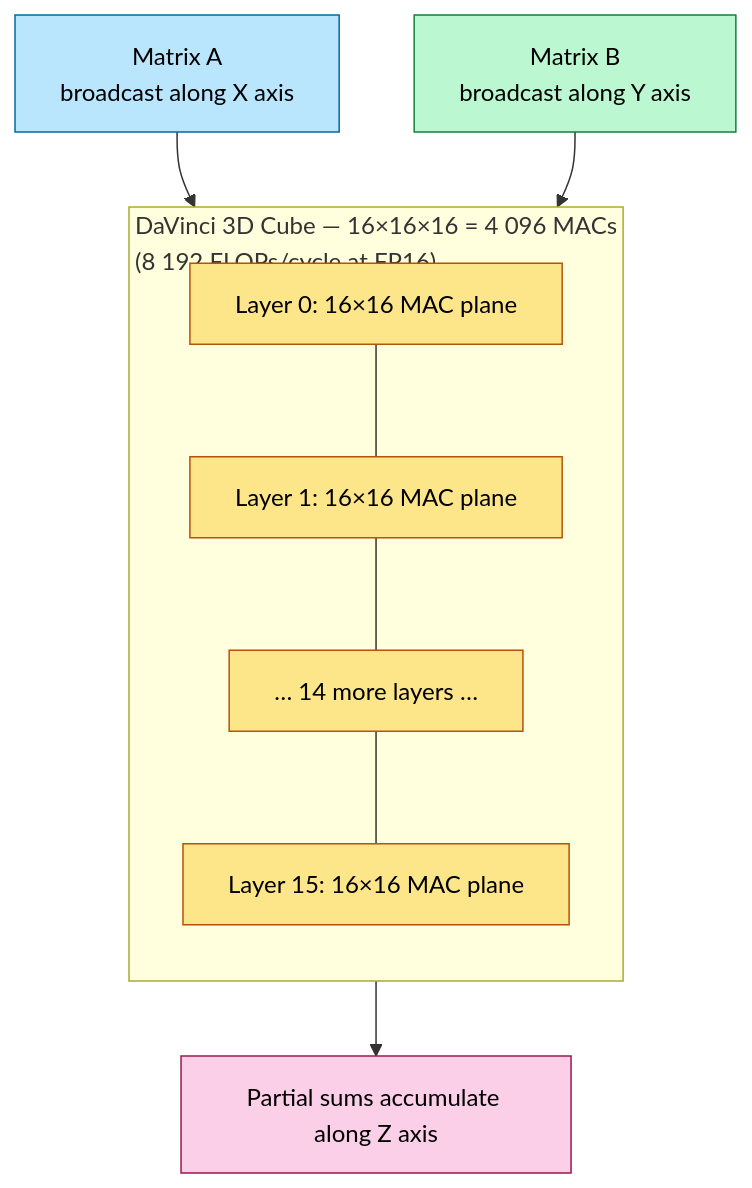
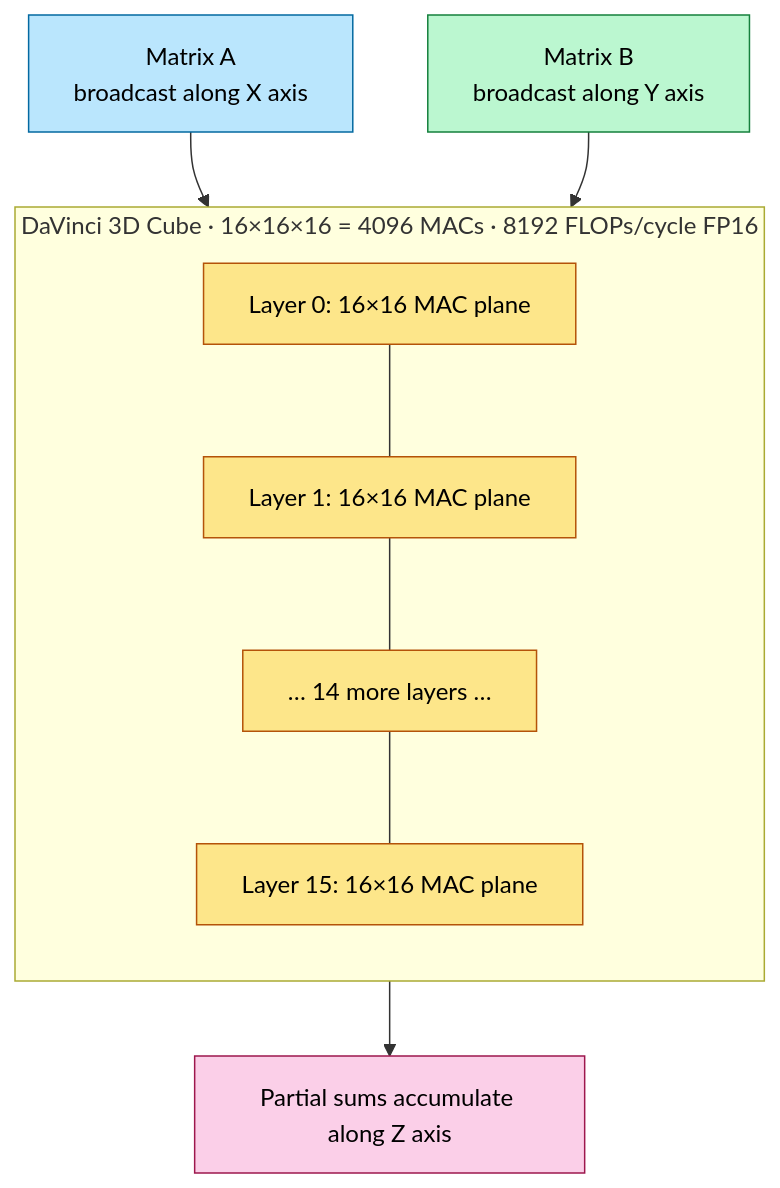
Before and after one commit to Wty2003328/ai_infra_intro: the first of 3 diagrams in ai_infra/L3_Microarchitecture/Huawei_Ascend.md, drawn with Mermaid. The commit also changed 13 other files, not shown here.

````diff
--- a/ai_infra/L3_Microarchitecture/Huawei_Ascend.md
+++ b/ai_infra/L3_Microarchitecture/Huawei_Ascend.md
@@ -43,21 +43,21 @@
 ```mermaid
 flowchart TB
-    subgraph CUBE["DaVinci 3D Cube — 16×16×16 = 4 096 MACs<br/>(8 192 FLOPs/cycle at FP16)"]
+    subgraph CUBE["DaVinci 3D Cube · 16×16×16 = 4096 MACs · 8192 FLOPs/cycle FP16"]
         direction TB
         L0["Layer 0: 16×16 MAC plane"]:::layer
         L1["Layer 1: 16×16 MAC plane"]:::layer
         LD["… 14 more layers …"]:::layer
         L15["Layer 15: 16×16 MAC plane"]:::layer
         L0 --- L1 --- LD --- L15
     end
     A["Matrix A<br/>broadcast along X axis"]:::a
     B["Matrix B<br/>broadcast along Y axis"]:::b
     C["Partial sums accumulate along Z axis"]:::c
     A --> CUBE
     B --> CUBE
     CUBE --> C
     classDef layer fill:#fde68a,stroke:#b45309,color:#000
     classDef a fill:#bae6fd,stroke:#0369a1,color:#000
     classDef b fill:#bbf7d0,stroke:#15803d,color:#000
     classDef c fill:#fbcfe8,stroke:#9d174d,color:#000
 ```
````
